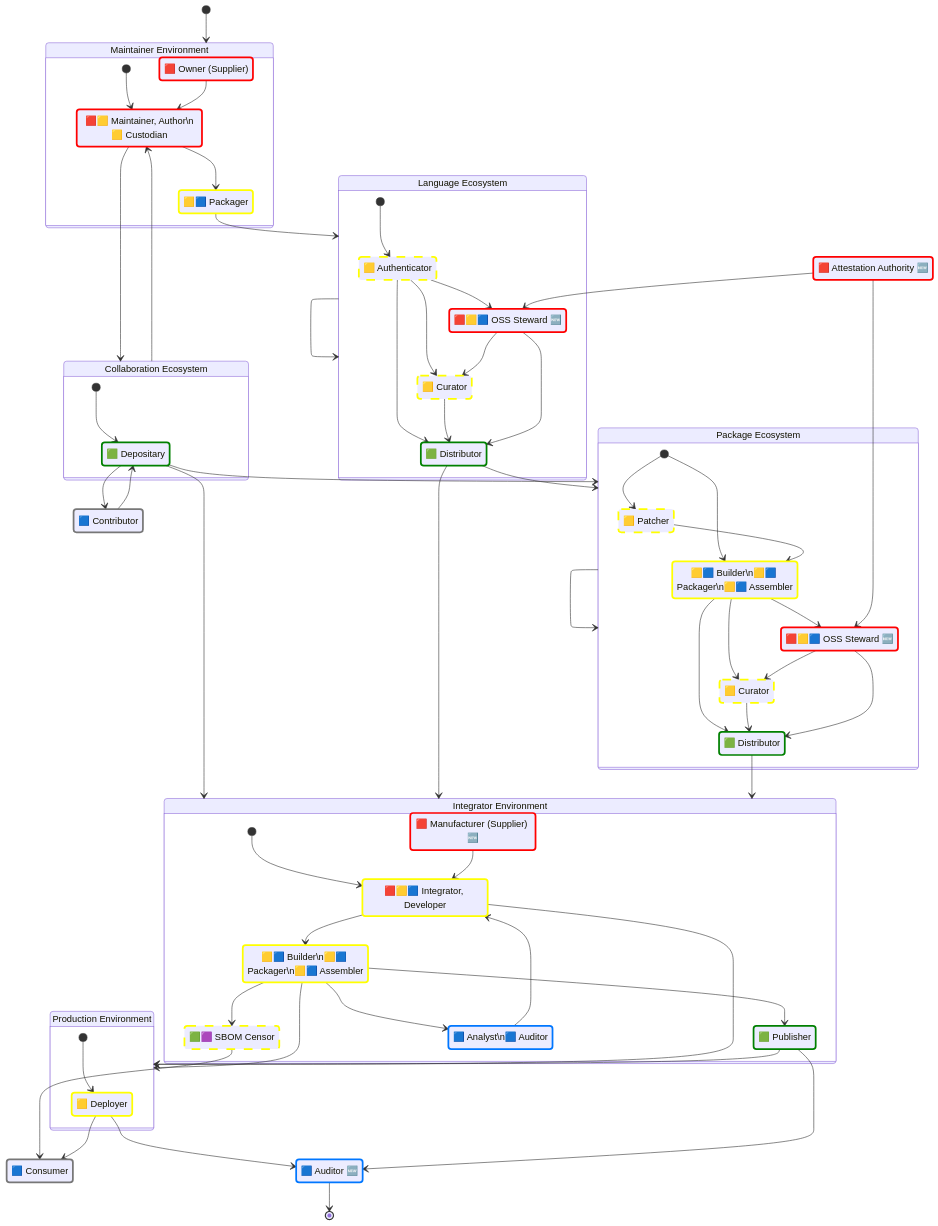
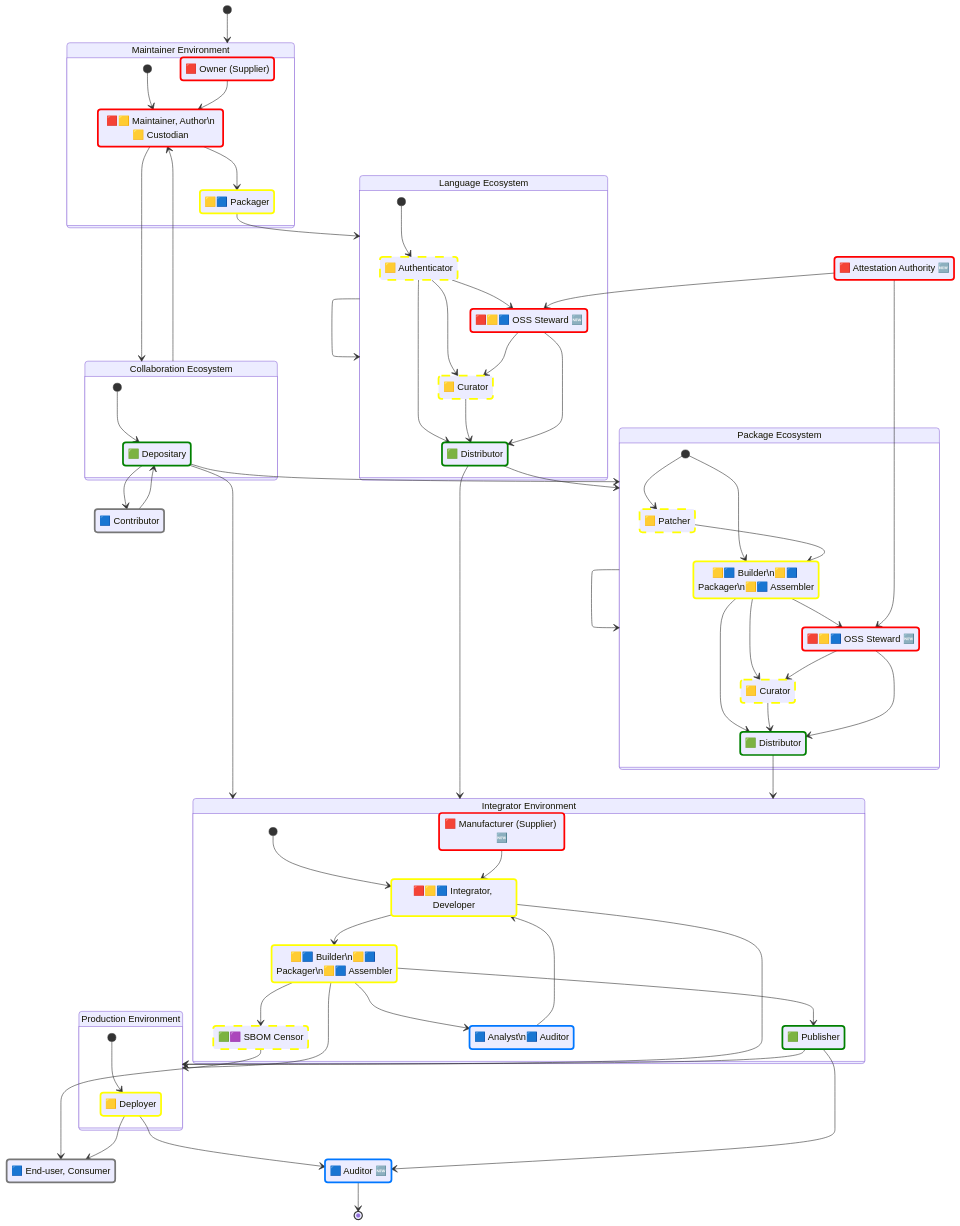
The third of 3 diagrams in docs/supplychain-sbom.md (CPAN-Security/security.metacpan.org), drawn with Mermaid before and after one commit. The commit also changed other lines of this file, not shown here.

Commit message:
Add CISA-2023 ref re: SBOM Types; Introduce 'End-user' term

```diff
--- a/docs/supplychain-sbom.md
+++ b/docs/supplychain-sbom.md
@@ -235,7 +235,7 @@
 
     %%
     state "🟨 Deployer" as prod_deployer
-    state "🟦 Consumer" as external_consumer
+    state "🟦 End-user, Consumer" as external_consumer
     state "🟦 Auditor 🆕" as authority_auditor
 
     %%
```
